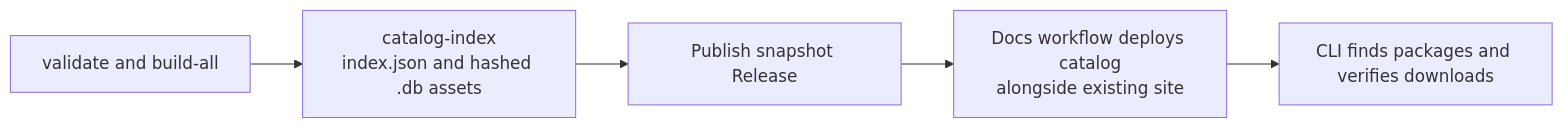
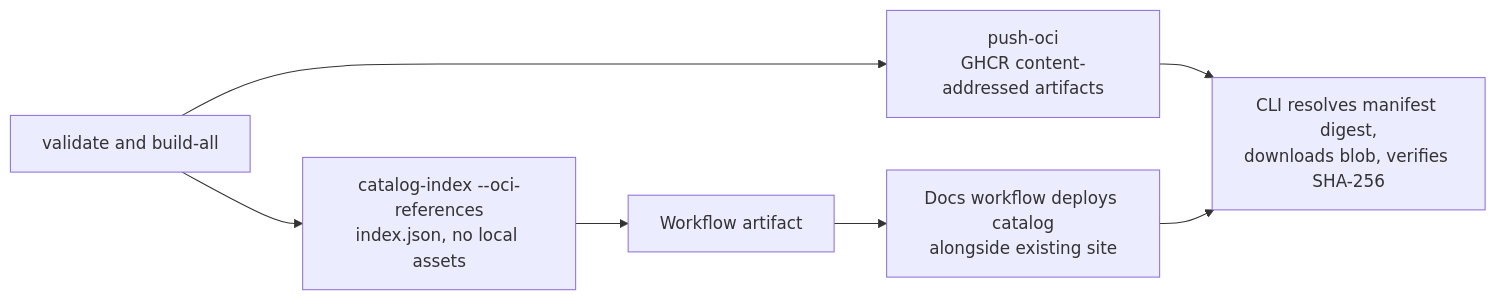
One commit to mehdihadeli/ContextKit changed the second of 2 diagrams in src/GroundKit.Registry/README.md. Above: the diagram before and after it, drawn with Mermaid. The commit also changed other lines of this file and 52 other files, not shown here.

````diff
--- a/src/GroundKit.Registry/README.md
+++ b/src/GroundKit.Registry/README.md
@@ -249,7 +247,9 @@
 ```mermaid
 flowchart LR
-    build["validate and build-all"] --> catalog["catalog-index<br/>index.json and hashed .db assets"]
-    catalog --> release["Publish snapshot Release"]
-    release --> pages["Docs workflow deploys catalog<br/>alongside existing site"]
-    pages --> cli["CLI finds packages and verifies downloads"]
+    build["validate and build-all"] --> push["push-oci<br/>GHCR content-addressed artifacts"]
+    build --> catalog["catalog-index --oci-references<br/>index.json, no local assets"]
+    catalog --> artifact["Workflow artifact"]
+    artifact --> pages["Docs workflow deploys catalog<br/>alongside existing site"]
+    push --> cli["CLI resolves manifest digest,<br/>downloads blob, verifies SHA-256"]
+    pages --> cli
 ```
````
